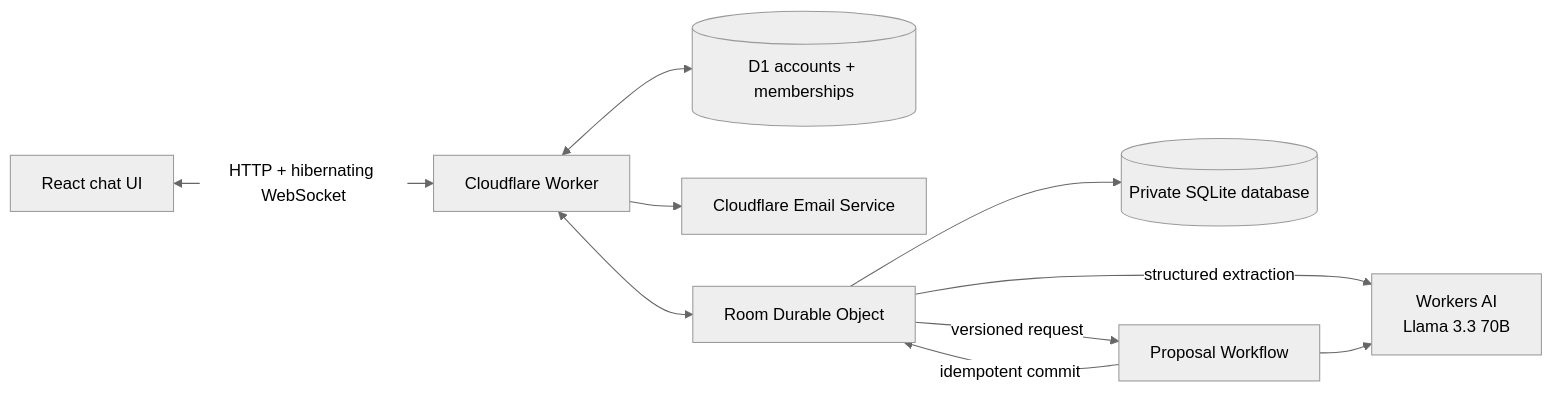
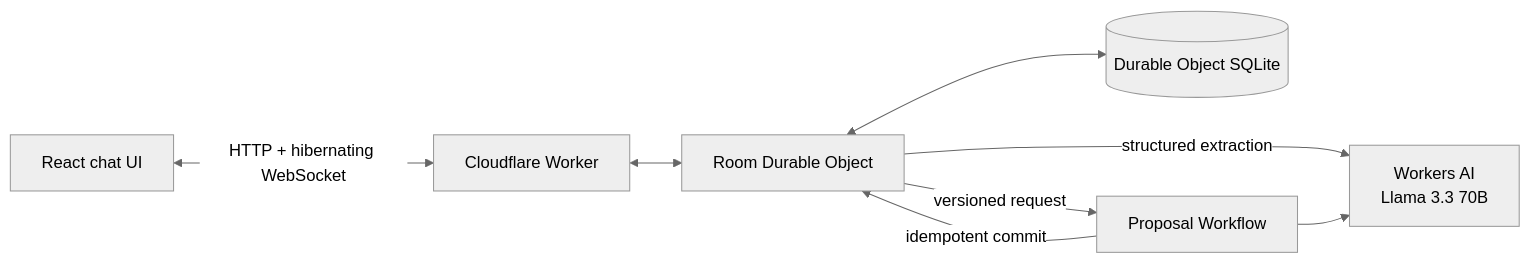
The diagram in README.md (beejmaxx/fanpilot-cloudflare-ai-apps), drawn with Mermaid (neutral theme) before and after one commit. The commit also changed other lines of this file and 20 other files, not shown here.

Commit message:
Replace email accounts with private room links

````diff
--- a/README.md
+++ b/README.md
@@ -39,12 +45,10 @@
 ```mermaid
 flowchart LR
     UI[React chat UI] <-->|HTTP + hibernating WebSocket| W[Cloudflare Worker]
-    W <--> D1[(D1 accounts + memberships)]
-    W --> EMAIL[Cloudflare Email Service]
     W <--> DO[Room Durable Object]
-    DO --> SQL[(Private SQLite database)]
+    DO <--> SQL[(Durable Object SQLite)]
     DO -->|structured extraction| AI[Workers AI\nLlama 3.3 70B]
     DO -->|versioned request| WF[Proposal Workflow]
     WF --> AI
     WF -->|idempotent commit| DO
 ```
````
